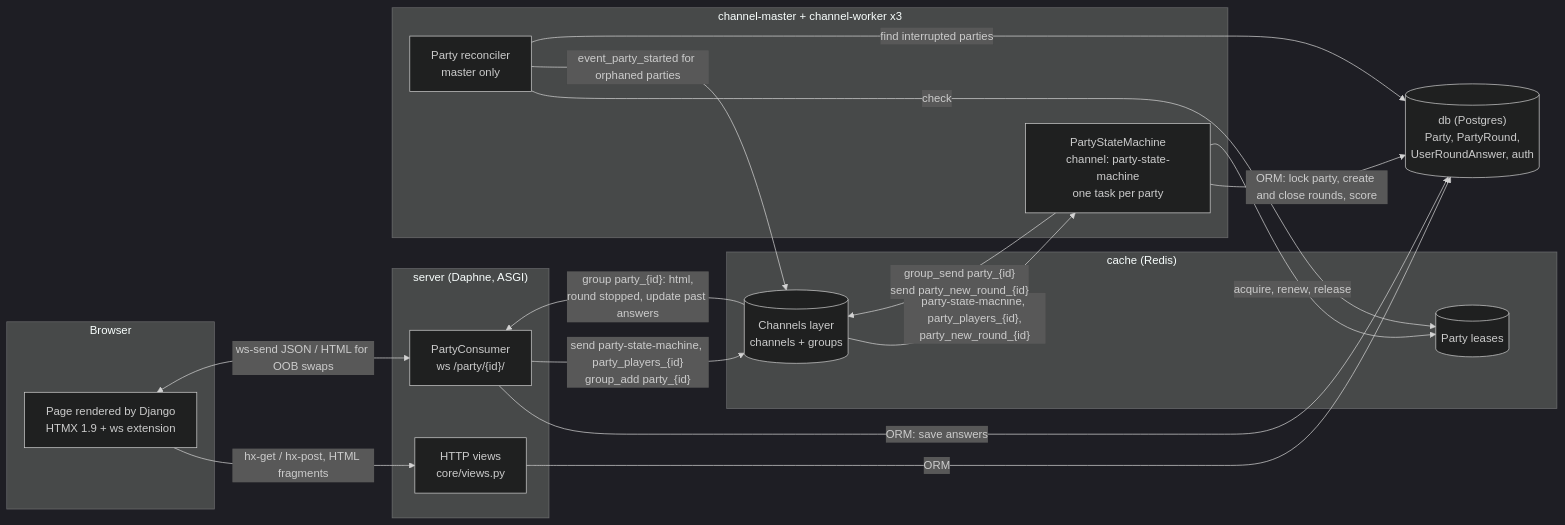
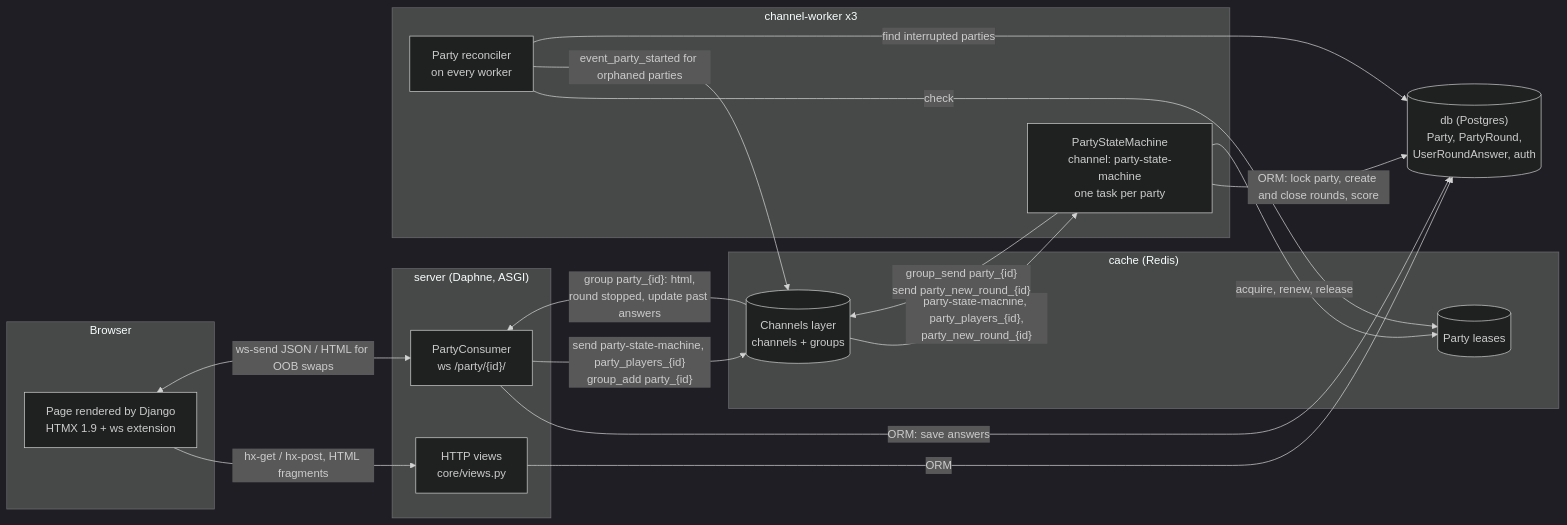
The first of 5 diagrams in docs/architecture.md (DanielGnzlzVll/AACX), drawn with Mermaid (dark theme) before and after one commit. The commit also changed other lines of this file and 7 other files, not shown here.

First line of the commit message:
AACX-82: run the party reconciler on every worker (#87)

````diff
--- a/docs/architecture.md
+++ b/docs/architecture.md
@@ -40,37 +39,37 @@
 ```mermaid
 flowchart LR
     subgraph Browser
         page["Page rendered by Django<br/>HTMX 1.9 + ws extension"]
     end
 
     subgraph server["server (Daphne, ASGI)"]
         views["HTTP views<br/>core/views.py"]
         consumer["PartyConsumer<br/>ws /party/{id}/"]
     end
 
     subgraph redis["cache (Redis)"]
         layer[("Channels layer<br/>channels + groups")]
         leases[("Party leases")]
     end
 
-    subgraph workers["channel-master + channel-worker x3"]
+    subgraph workers["channel-worker x3"]
         sm["PartyStateMachine<br/>channel: party-state-machine<br/>one task per party"]
-        reconciler["Party reconciler<br/>master only"]
+        reconciler["Party reconciler<br/>on every worker"]
     end
 
     db[("db (Postgres)<br/>Party, PartyRound,<br/>UserRoundAnswer, auth")]
 
     page -->|"hx-get / hx-post, HTML fragments"| views
     page <-->|"ws-send JSON / HTML for OOB swaps"| consumer
     views -->|ORM| db
     consumer -->|"ORM: save answers"| db
     consumer -->|"send party-state-machine, party_players_{id}<br/>group_add party_{id}"| layer
     layer -->|"group party_{id}: html,<br/>round stopped, update past answers"| consumer
     layer -->|"party-state-machine, party_players_{id},<br/>party_new_round_{id}"| sm
     sm -->|"group_send party_{id}<br/>send party_new_round_{id}"| layer
     sm -->|"ORM: lock party, create and close rounds, score"| db
     sm -->|"acquire, renew, release"| leases
     reconciler -->|"check"| leases
     reconciler -->|"event_party_started for orphaned parties"| layer
     reconciler -->|"find interrupted parties"| db
 ```
````
